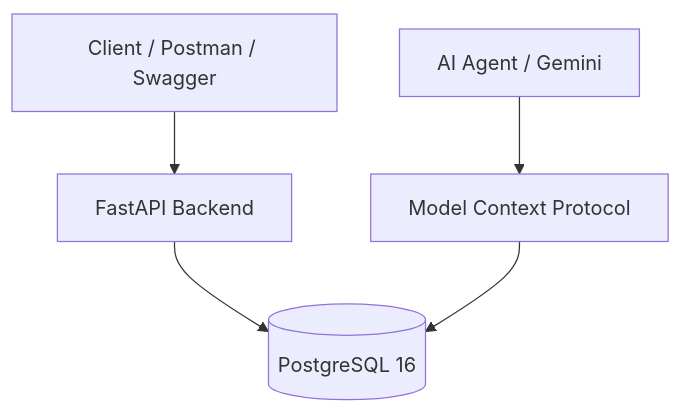
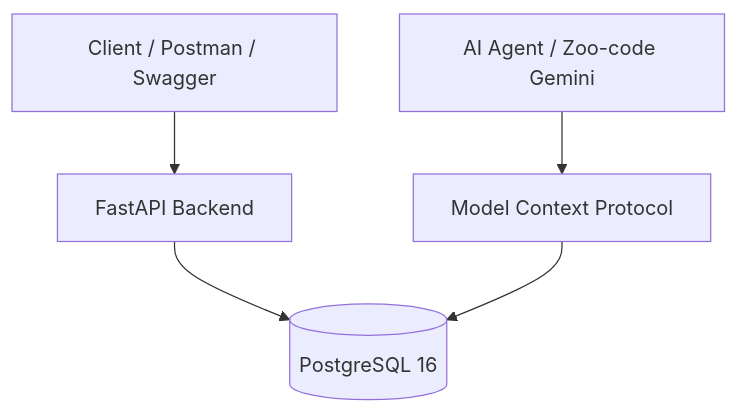
Before and after one commit to stasmeh/soui-qa-automation-hub: the diagram in README.md, drawn with Mermaid. The commit also changed other lines of this file and 7 other files, not shown here.

````diff
--- a/README.md
+++ b/README.md
@@ -15,7 +15,7 @@
 ```mermaid
 graph TD
     Client[Client / Postman / Swagger] --> API[FastAPI Backend]
     API --> DB[(PostgreSQL 16)]
-    Agent[AI Agent / Gemini] --> MCP[Model Context Protocol]
+    Agent[AI Agent / Zoo-code Gemini] --> MCP[Model Context Protocol]
     MCP --> DB
 ```
````
